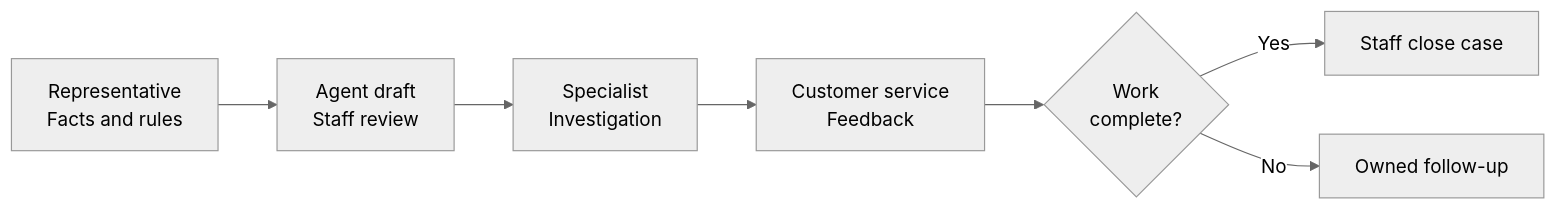
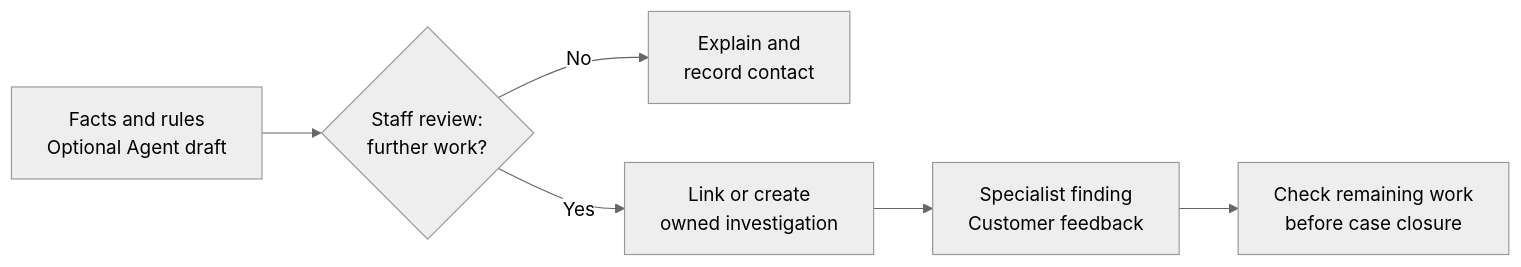
Before and after one commit to xc8609/service-agent-portfolio: the diagram in README.md, drawn with Mermaid (neutral theme). The commit also changed other lines of this file and 5 other files, not shown here.

````diff
--- a/README.md
+++ b/README.md
@@ -26,9 +26,8 @@
 ```mermaid
 flowchart LR
-    A["Representative<br/>Facts and rules"] --> B["Agent draft<br/>Staff review"]
-    B --> C["Specialist<br/>Investigation"]
-    C --> D["Customer service<br/>Feedback"]
-    D --> E{"Work<br/>complete?"}
-    E -->|Yes| F[Staff close case]
-    E -->|No| G[Owned follow-up]
+    A["Facts and rules<br/>Optional Agent draft"] --> B{"Staff review:<br/>further work?"}
+    B -->|No| C["Explain and<br/>record contact"]
+    B -->|Yes| D["Link or create<br/>owned investigation"]
+    D --> E["Specialist finding<br/>Customer feedback"]
+    E --> F["Check remaining work<br/>before case closure"]
 ```
````
